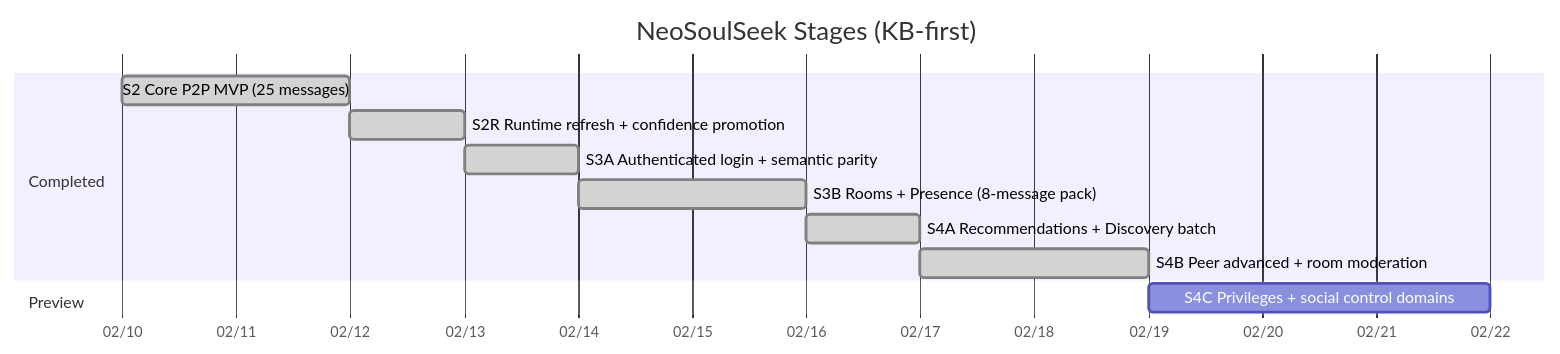
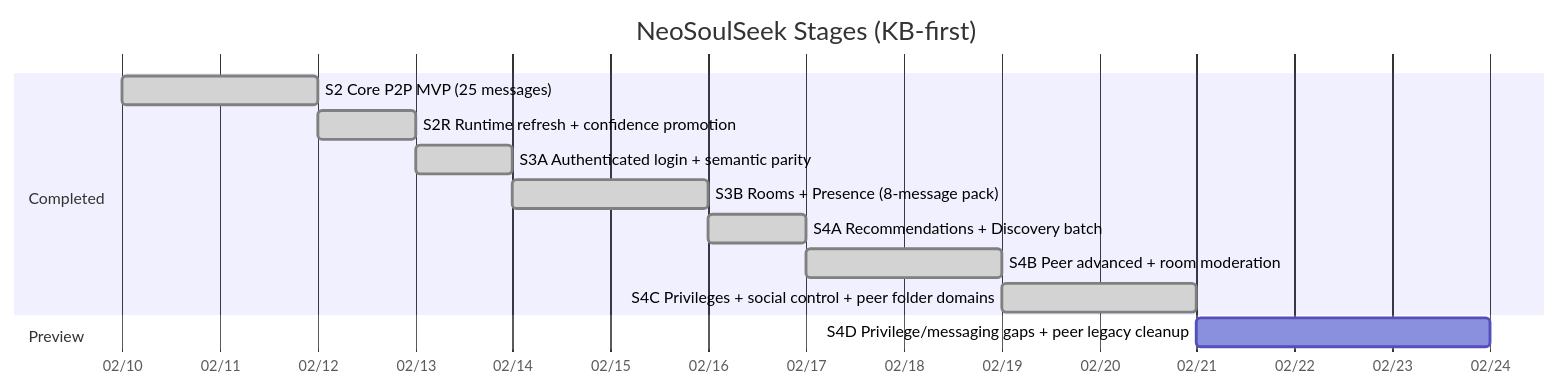
One commit to fedejinich/nss changed the first of 3 diagrams in docs/state/roadmap.md. Above: the diagram before and after it, drawn with Mermaid. The commit also changed other lines of this file and 33 other files, not shown here.

Commit message:
feat: complete S4C privileges-social and peer-folder batch

````diff
--- a/docs/state/roadmap.md
+++ b/docs/state/roadmap.md
@@ -9,15 +9,16 @@
 ```mermaid
 gantt
     title NeoSoulSeek Stages (KB-first)
     dateFormat  YYYY-MM-DD
     axisFormat  %m/%d
     section Completed
     S2 Core P2P MVP (25 messages) :done, s2, 2026-02-10, 2d
     S2R Runtime refresh + confidence promotion :done, s2r, after s2, 1d
     S3A Authenticated login + semantic parity :done, s3a, after s2r, 1d
     S3B Rooms + Presence (8-message pack) :done, s3b, 2026-02-14, 2d
     S4A Recommendations + Discovery batch :done, s4a, after s3b, 1d
     S4B Peer advanced + room moderation :done, s4b, after s4a, 2d
+    S4C Privileges + social control + peer folder domains :done, s4c, after s4b, 2d
     section Preview
-    S4C Privileges + social control domains :s4c, after s4b, 3d
+    S4D Privilege/messaging gaps + peer legacy cleanup :s4d, after s4c, 3d
 ```
````
